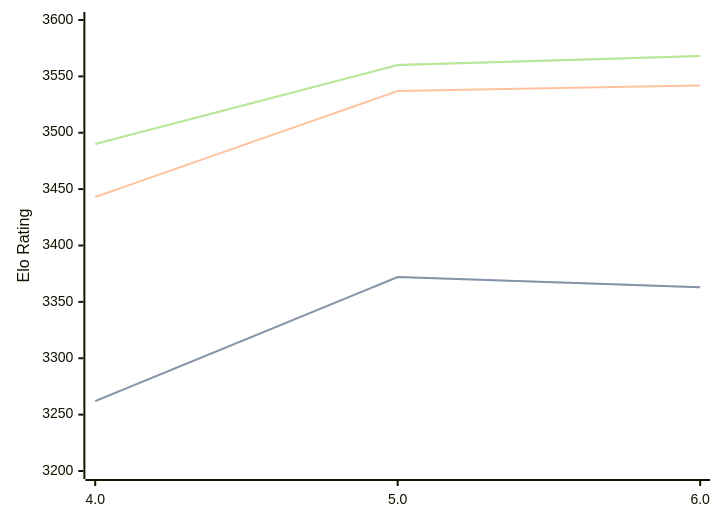
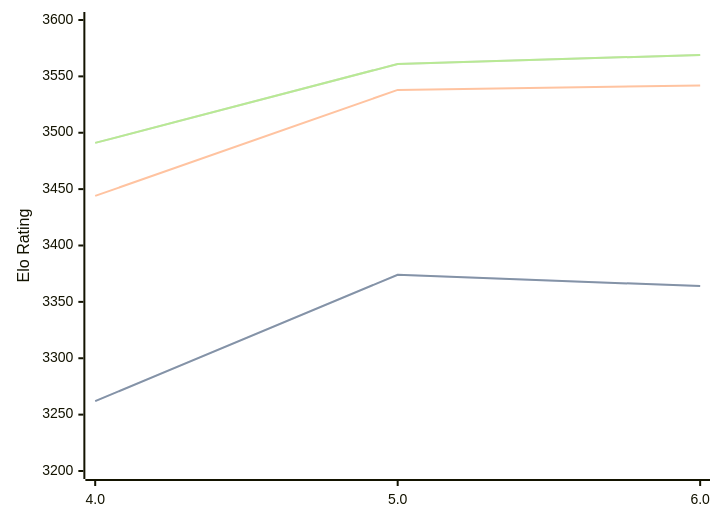
The diagram in engines/Tarnished.md (computer-chess-index/cci), drawn with Mermaid before and after one commit. The commit also changed other lines of this file, not shown here.

Commit message:
Update CCI Ratings (ELO VLTC) - 2026-09-27

````diff
--- a/engines/Tarnished.md
+++ b/engines/Tarnished.md
@@ -33,11 +33,11 @@
 ```mermaid
 %%{init: {"theme":"base","themeVariables":{"seriesColors:['#a3a3a3','#222221','#faa371']}}}%%
 xychart-beta
   x-axis ["4.0", "5.0", "6.0"]
   y-axis "Elo Rating" 3200 --> 3600
-  line "" [3262, 3372, 3363]
-  line "STC (8.0+0.08s)" [3262, 3372, 3363]
-  line "LTC (60.0+0.60s)" [3443, 3537, 3542]
-  line "" [3490, 3560, 3568]
-  line "VLTC (2m24s+1.12s)" [3490, 3560, 3568]
+  line "" [3262, 3374, 3364]
+  line "STC (8.0+0.08s)" [3262, 3374, 3364]
+  line "LTC (60.0+0.60s)" [3444, 3538, 3542]
+  line "" [3491, 3561, 3569]
+  line "VLTC (2m24s+1.12s)" [3491, 3561, 3569]
 ```
````
